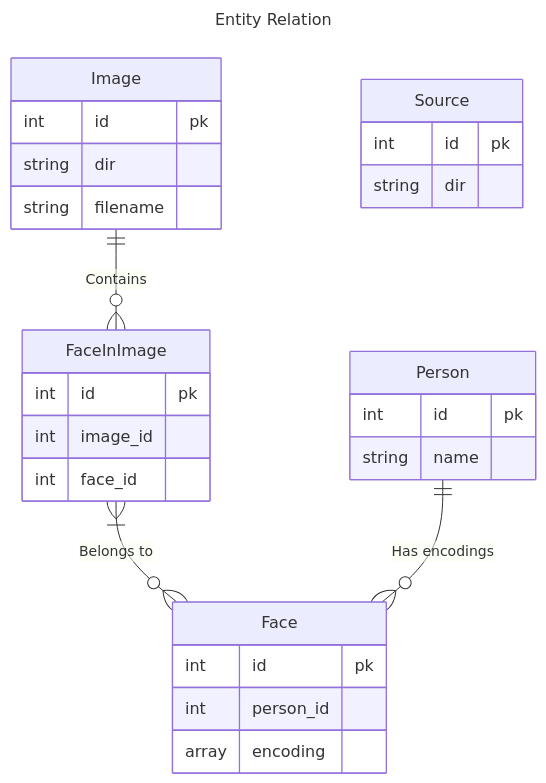
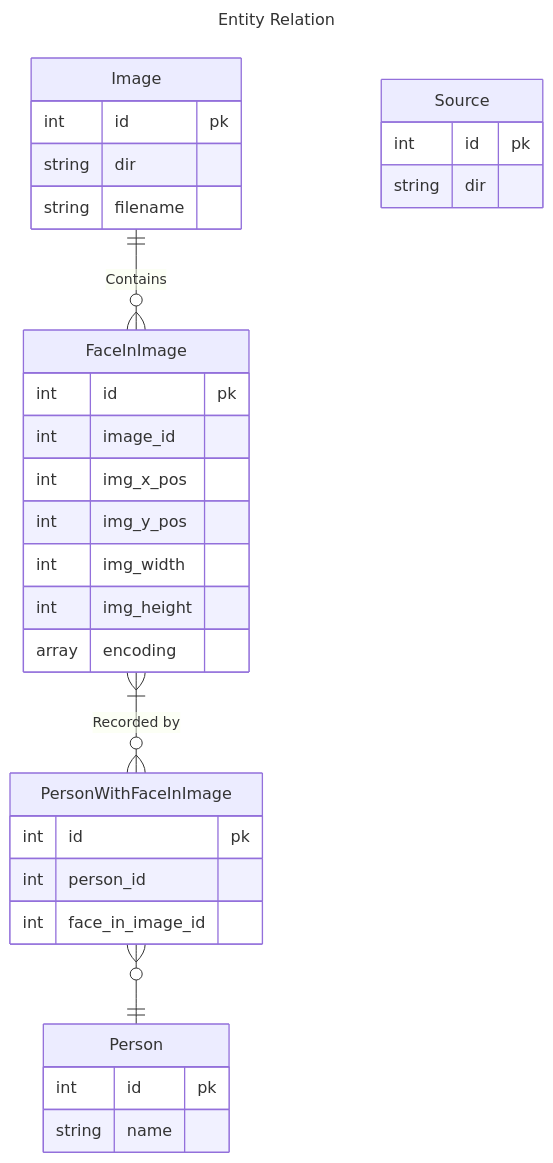
Before and after one commit to TsienJin/Face-Finder: the diagram in application/database/README.md, drawn with Mermaid.

Commit message:
Updated schema

````diff
--- a/application/database/README.md
+++ b/application/database/README.md
@@ -3,38 +3,42 @@
 ```mermaid
 ---
 title: Entity Relation
 ---
 erDiagram
     Image {
         int id pk
         string dir
         string filename
     }
     
     Person {
         int id pk
         string name
     }
     
-    Face {
+    PersonWithFaceInImage {
         int id pk
         int person_id
-        array encoding
+        int face_in_image_id
     }  
     
     FaceInImage {
         int id pk
         int image_id
-        int face_id
+        int img_x_pos
+        int img_y_pos
+        int img_width
+        int img_height
+        array encoding
     }
     
     Source { 
         int id pk
         string dir
     }  
     
     
     Image ||--o{ FaceInImage : "Contains"
-    FaceInImage }|--o{ Face : "Belongs to"
-    Person ||--o{ Face : "Has encodings"
+    FaceInImage }|--o{ PersonWithFaceInImage : "Recorded by"
+    PersonWithFaceInImage }o--|| Person : ""
 ```
````
